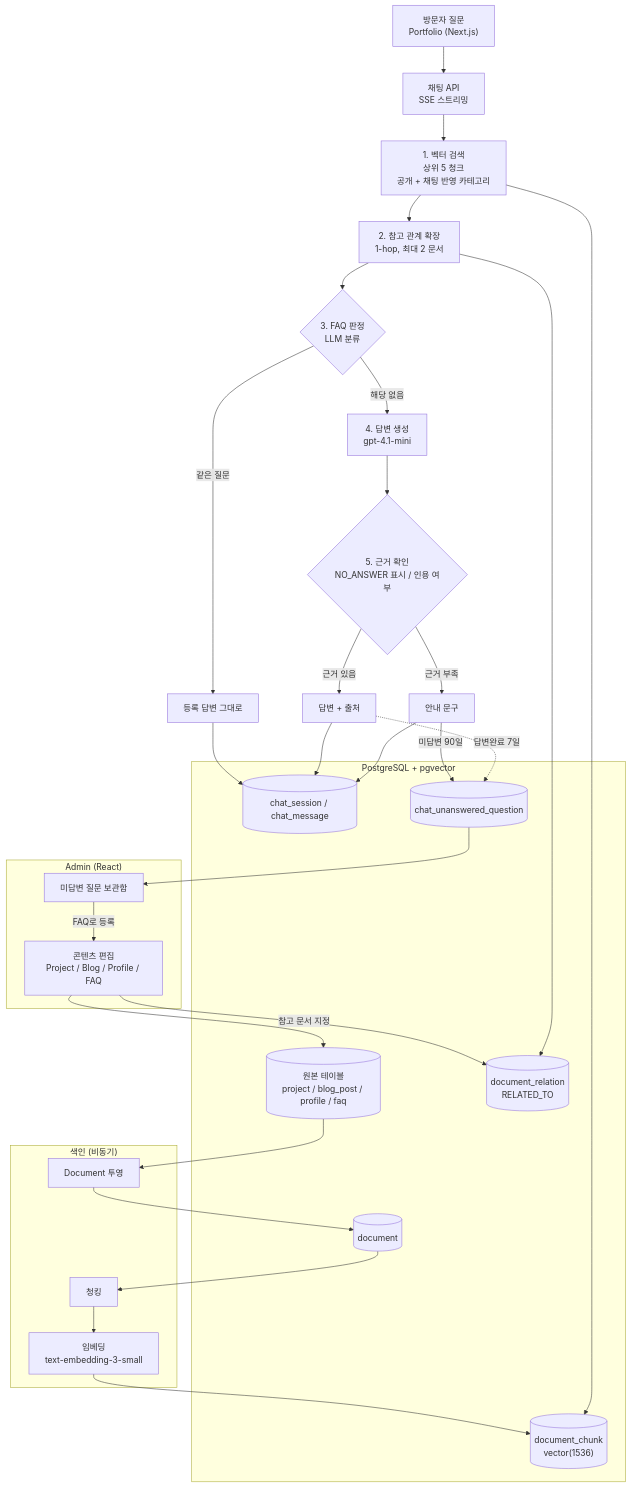
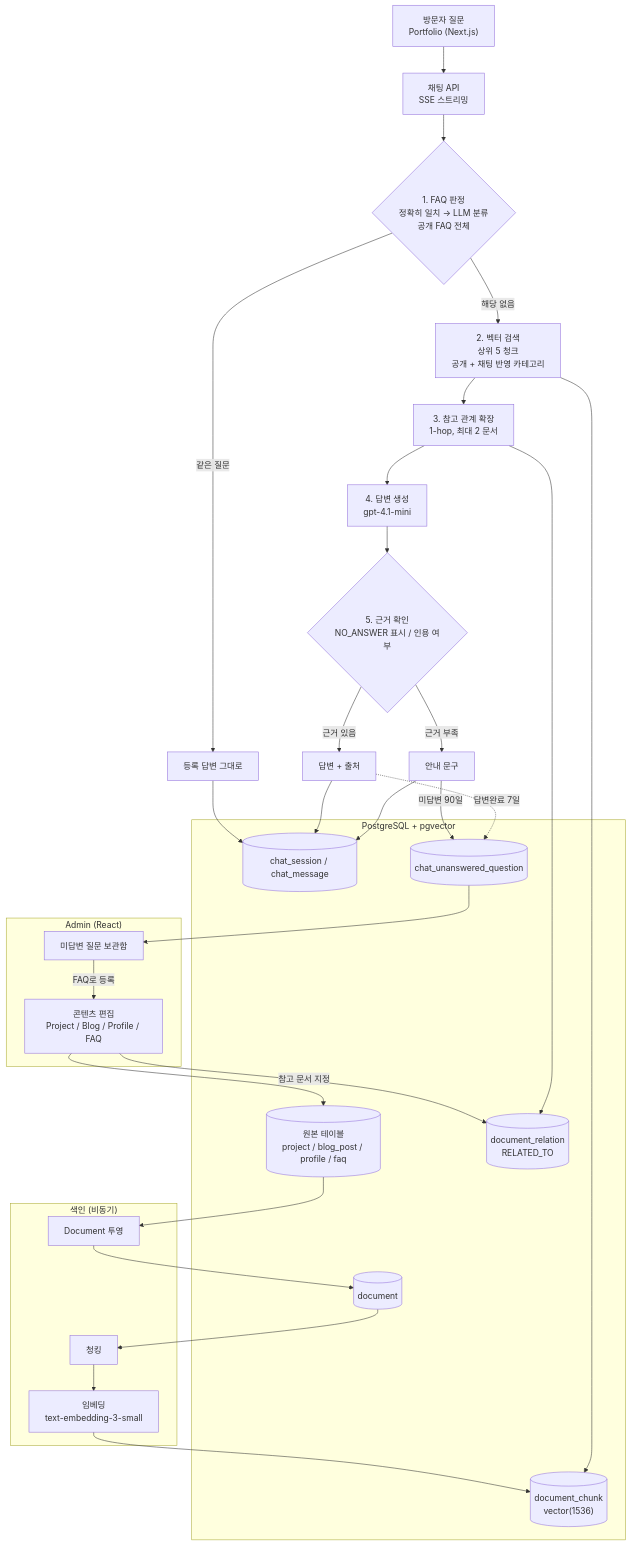
One commit to sonic0506/sonic-portfolio-ai-workspace changed the first of 12 diagrams in docs/02-design/RAG_ARCHITECTURE_OVERVIEW.md. Above: the diagram before and after it, drawn with Mermaid. The commit also changed other lines of this file and 6 other files, not shown here.

````diff
--- a/docs/02-design/RAG_ARCHITECTURE_OVERVIEW.md
+++ b/docs/02-design/RAG_ARCHITECTURE_OVERVIEW.md
@@ -51,51 +51,50 @@
 ```mermaid
 flowchart TD
 
     subgraph ADMIN["Admin (React)"]
         EDIT["콘텐츠 편집<br/>Project / Blog / Profile / FAQ"]
         UQ["미답변 질문 보관함"]
     end
 
     subgraph INDEX["색인 (비동기)"]
         PROJ["Document 투영"]
         CHUNK["청킹"]
         EMB["임베딩<br/>text-embedding-3-small"]
     end
 
     subgraph DB["PostgreSQL + pgvector"]
         SRC[("원본 테이블<br/>project / blog_post / profile / faq")]
         DOC[("document")]
         CH[("document_chunk<br/>vector(1536)")]
         REL[("document_relation<br/>RELATED_TO")]
         SES[("chat_session / chat_message")]
         UNQ[("chat_unanswered_question")]
     end
 
     EDIT --> SRC
     SRC --> PROJ --> DOC
     DOC --> CHUNK --> EMB --> CH
     EDIT -->|"참고 문서 지정"| REL
 
     USER["방문자 질문<br/>Portfolio (Next.js)"] --> API["채팅 API<br/>SSE 스트리밍"]
 
-    API --> SEARCH["1. 벡터 검색<br/>상위 5 청크<br/>공개 + 채팅 반영 카테고리"]
+    API --> FAQ{"1. FAQ 판정<br/>정확히 일치 → LLM 분류<br/>공개 FAQ 전체"}
+    FAQ -->|"같은 질문"| FIXED["등록 답변 그대로"]
+    FAQ -->|"해당 없음"| SEARCH["2. 벡터 검색<br/>상위 5 청크<br/>공개 + 채팅 반영 카테고리"]
     SEARCH --> CH
-    SEARCH --> EXPAND["2. 참고 관계 확장<br/>1-hop, 최대 2 문서"]
+    SEARCH --> EXPAND["3. 참고 관계 확장<br/>1-hop, 최대 2 문서"]
     EXPAND --> REL
-    EXPAND --> FAQ{"3. FAQ 판정<br/>LLM 분류"}
-
-    FAQ -->|"같은 질문"| FIXED["등록 답변 그대로"]
-    FAQ -->|"해당 없음"| GEN["4. 답변 생성<br/>gpt-4.1-mini"]
+    EXPAND --> GEN["4. 답변 생성<br/>gpt-4.1-mini"]
 
     GEN --> CHECK{"5. 근거 확인<br/>NO_ANSWER 표시 / 인용 여부"}
     CHECK -->|"근거 있음"| ANSWER["답변 + 출처"]
     CHECK -->|"근거 부족"| GUIDE["안내 문구"]
     GUIDE -->|"미답변 90일"| UNQ
     ANSWER -.->|"답변완료 7일"| UNQ
     UNQ --> UQ
     UQ -->|"FAQ로 등록"| EDIT
 
     FIXED --> SES
     ANSWER --> SES
     GUIDE --> SES
 ```
````
